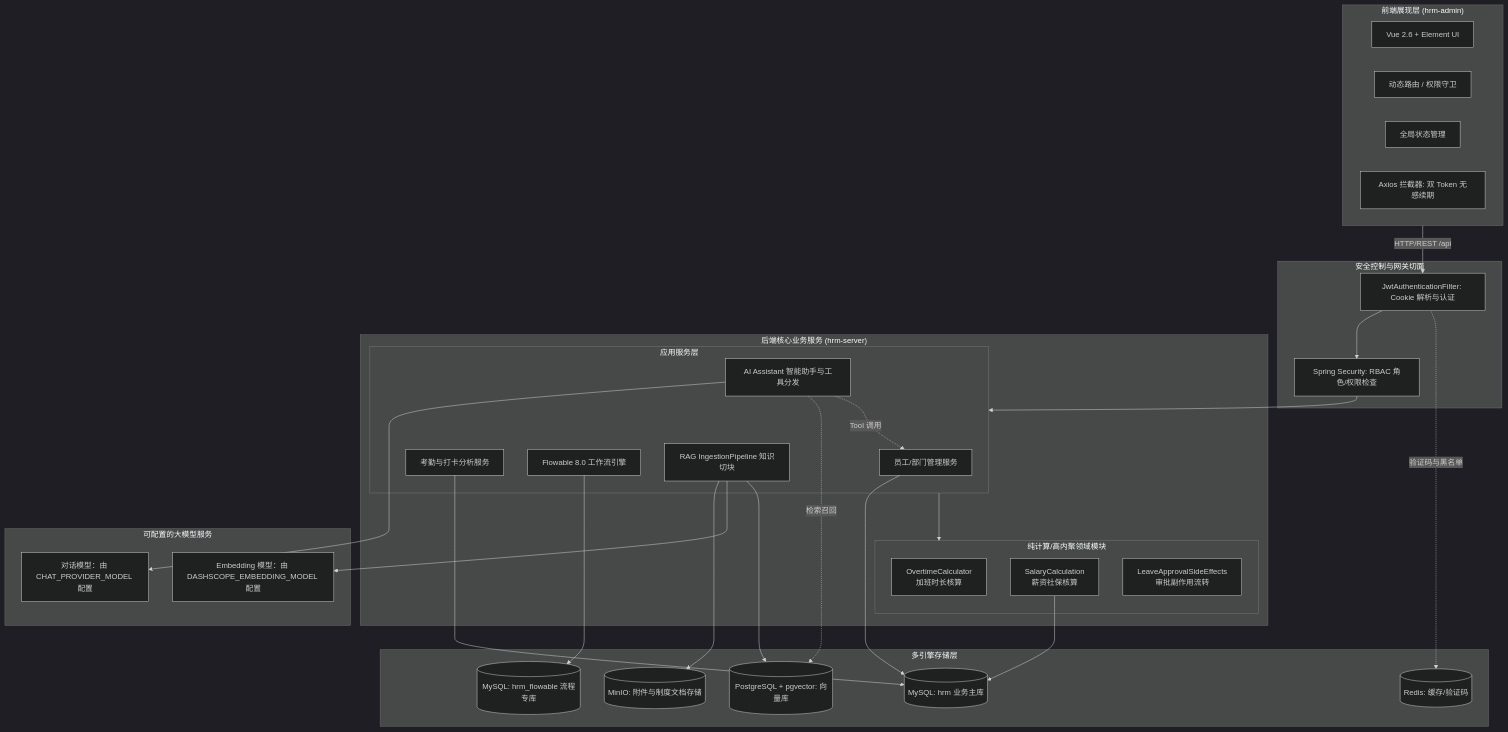
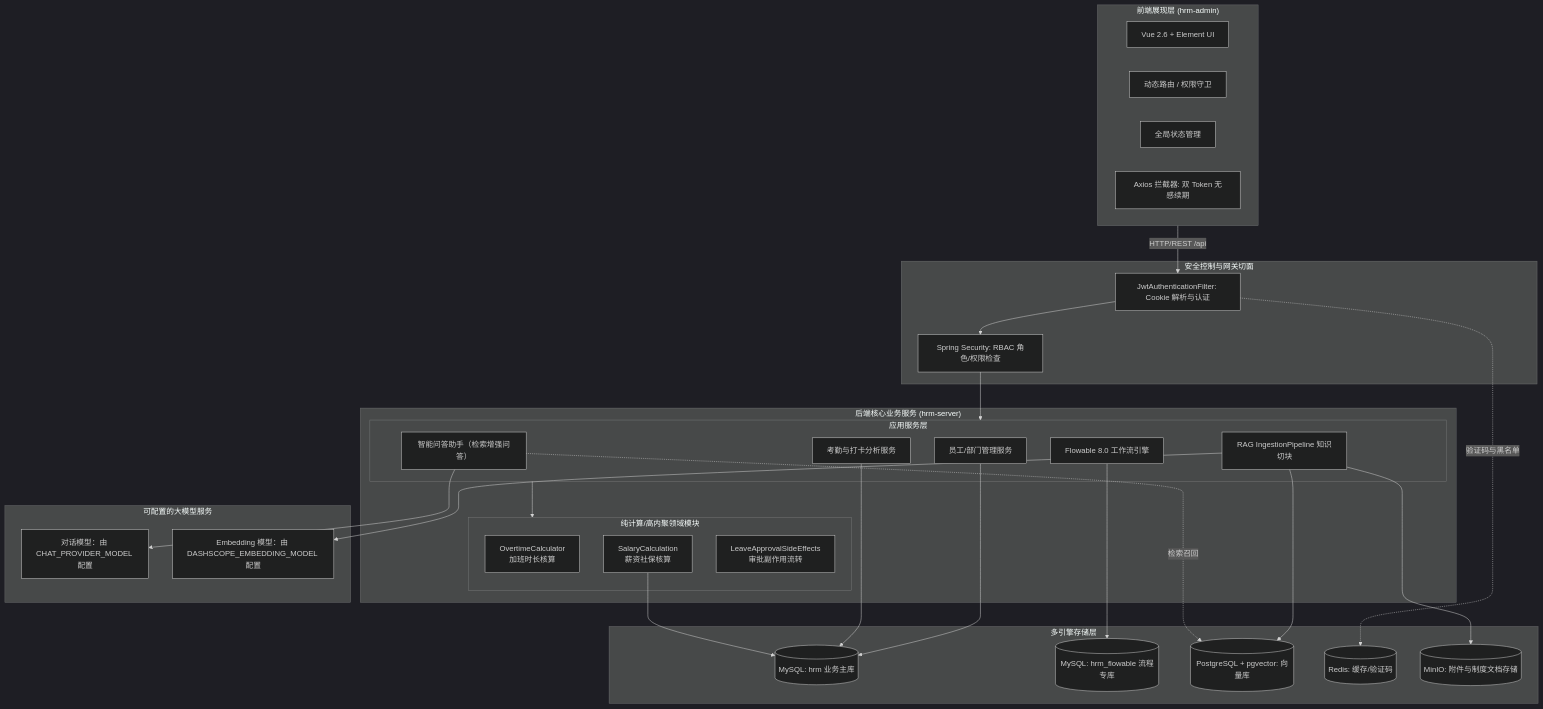
One commit to quuuuj/hrm changed the second of 2 diagrams in README.md. Above: the diagram before and after it, drawn with Mermaid (dark theme). The commit also changed other lines of this file and 3 other files, not shown here.

````diff
--- a/README.md
+++ b/README.md
@@ -143,63 +141,62 @@
 ```mermaid
 graph TB
     subgraph Client["前端展现层 (hrm-admin)"]
         UI[Vue 2.6 + Element UI]
         Router[动态路由 / 权限守卫]
         Vuex[全局状态管理]
         AxiosInter[Axios 拦截器: 双 Token 无感续期]
     end
 
     subgraph Security["安全控制与网关切面"]
         Filter[JwtAuthenticationFilter: Cookie 解析与认证]
         PermChecker[Spring Security: RBAC 角色/权限检查]
     end
 
     subgraph CoreBackend["后端核心业务服务 (hrm-server)"]
         subgraph Domains["纯计算/高内聚领域模块"]
             Overtime[OvertimeCalculator<br/>加班时长核算]
             Salary[SalaryCalculation<br/>薪资社保核算]
             LeaveSide[LeaveApprovalSideEffects<br/>审批副作用流转]
         end
 
         subgraph Modules["应用服务层"]
             StaffSvc[员工/部门管理服务]
             AttendanceSvc[考勤与打卡分析服务]
             FlowEngine[Flowable 8.0 工作流引擎]
             KnowledgeSvc[RAG IngestionPipeline 知识切块]
-            AiAssistantSvc[AI Assistant 智能助手与工具分发]
+            AiAssistantSvc[智能问答助手（检索增强问答）]
         end
     end
 
     subgraph ExternalModel["可配置的大模型服务"]
         LLM[对话模型：由 CHAT_PROVIDER_MODEL 配置]
         Embed[Embedding 模型：由 DASHSCOPE_EMBEDDING_MODEL 配置]
     end
 
     subgraph Persistence["多引擎存储层"]
         DB_Master[(MySQL: hrm 业务主库)]
         DB_Flowable[(MySQL: hrm_flowable 流程专库)]
         DB_Vector[(PostgreSQL + pgvector: 向量库)]
         Cache_Redis[(Redis: 缓存/验证码)]
         Storage_MinIO[(MinIO: 附件与制度文档存储)]
     end
 
     Client -->|HTTP/REST /api| Filter
     Filter --> PermChecker
     PermChecker --> Modules
     Modules --> Domains
 
     StaffSvc --> DB_Master
     AttendanceSvc --> DB_Master
     Salary --> DB_Master
     FlowEngine --> DB_Flowable
     
     KnowledgeSvc --> Storage_MinIO
     KnowledgeSvc --> Embed
     KnowledgeSvc --> DB_Vector
 
     AiAssistantSvc --> LLM
     AiAssistantSvc -.检索召回.-> DB_Vector
-    AiAssistantSvc -.Tool 调用.-> StaffSvc
 
     Filter -.验证码与黑名单.-> Cache_Redis
 ```
````
